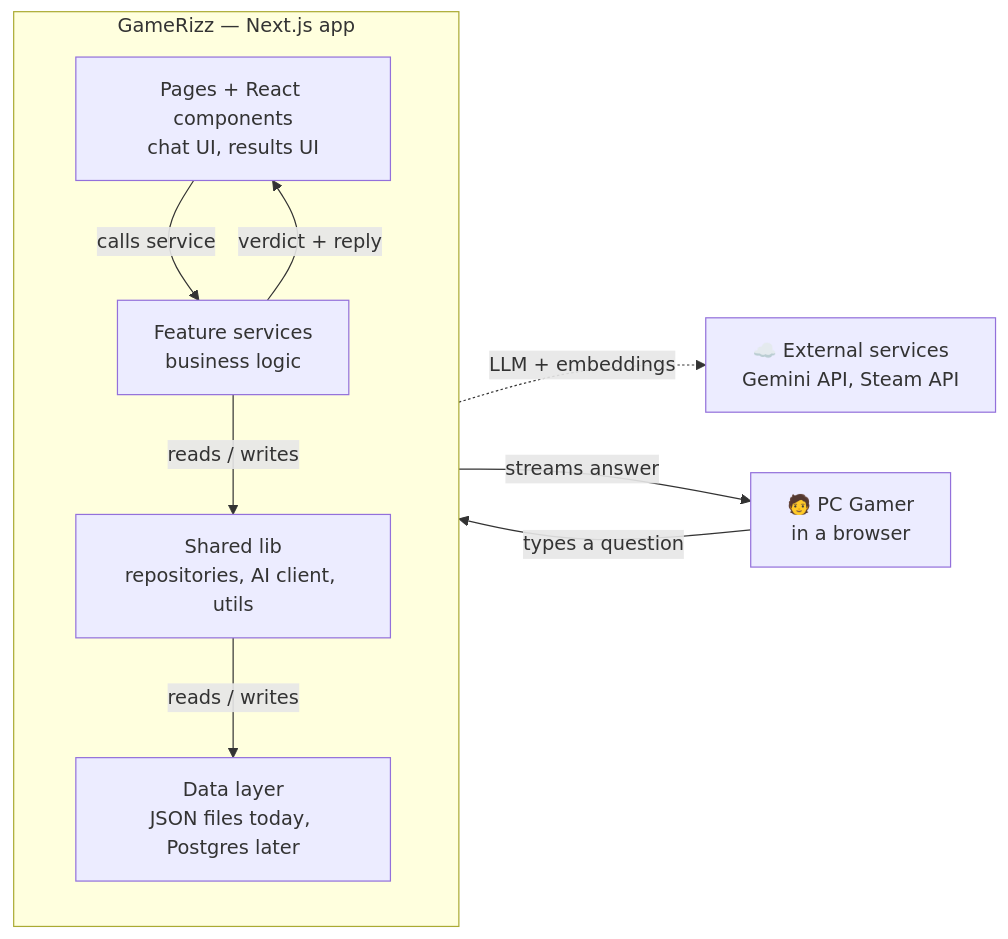
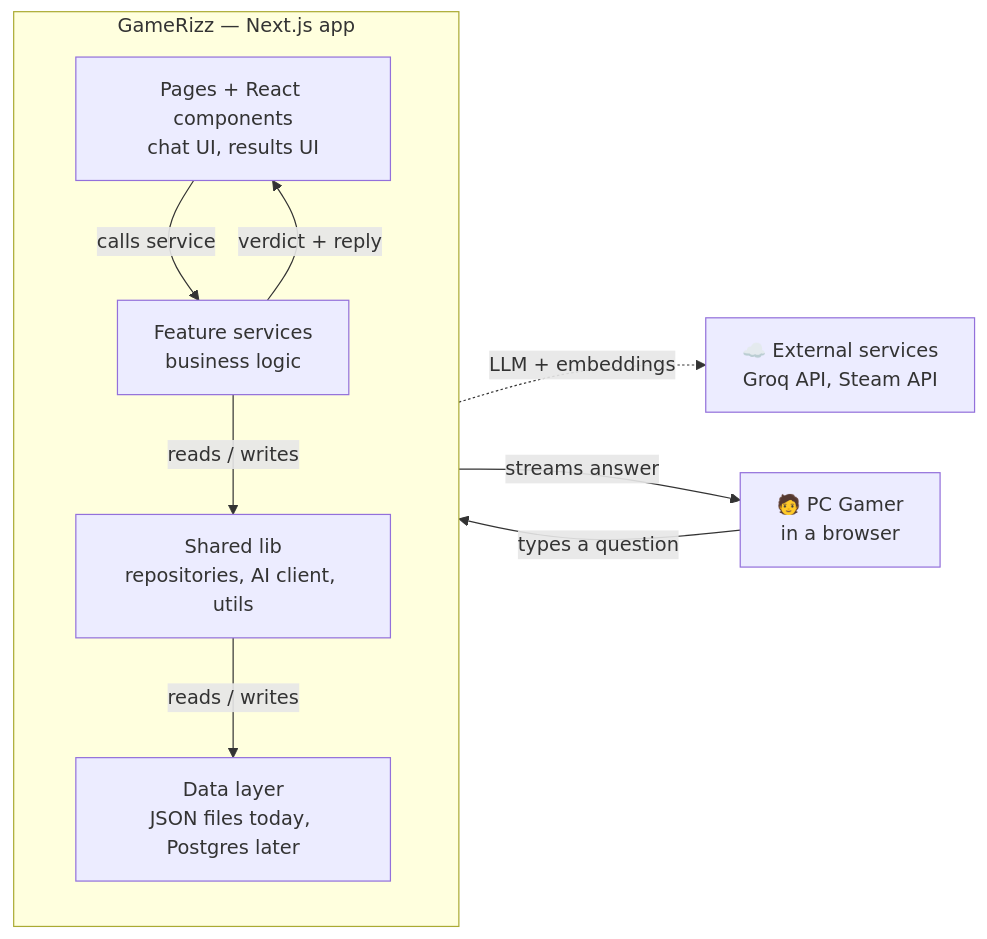
One commit to 21sumeet/GameRizz changed the first of 10 diagrams in docs/WORKFLOW.md. Above: the diagram before and after it, drawn with Mermaid. The commit also changed other lines of this file and 5 other files, not shown here.

````diff
--- a/docs/WORKFLOW.md
+++ b/docs/WORKFLOW.md
@@ -40,22 +40,22 @@
 ```mermaid
 flowchart LR
     User["🧑 PC Gamer<br/>in a browser"]
 
     subgraph App["GameRizz — Next.js app"]
         direction TB
         UI["Pages + React components<br/>chat UI, results UI"]
         Svc["Feature services<br/>business logic"]
         Lib["Shared lib<br/>repositories, AI client, utils"]
         Data["Data layer<br/>JSON files today, Postgres later"]
     end
 
-    Ext["☁️ External services<br/>Gemini API, Steam API"]
+    Ext["☁️ External services<br/>Groq API, Steam API"]
 
     User -->|"types a question"| UI
     UI -->|"calls service"| Svc
     Svc -->|"reads / writes"| Lib
     Lib -->|"reads / writes"| Data
     Lib -.->|"LLM + embeddings"| Ext
     Svc -->|"verdict + reply"| UI
     UI -->|"streams answer"| User
 ```
````
